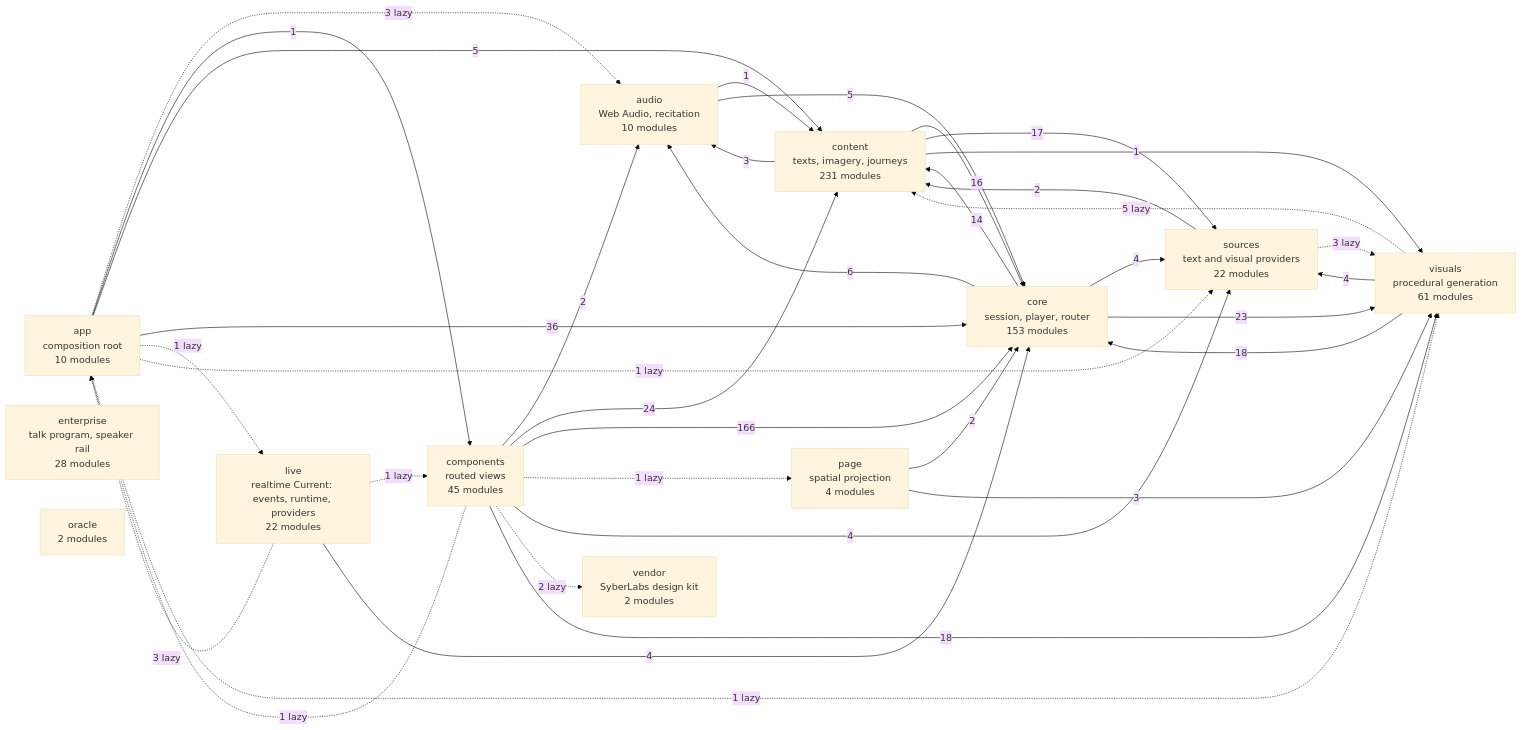
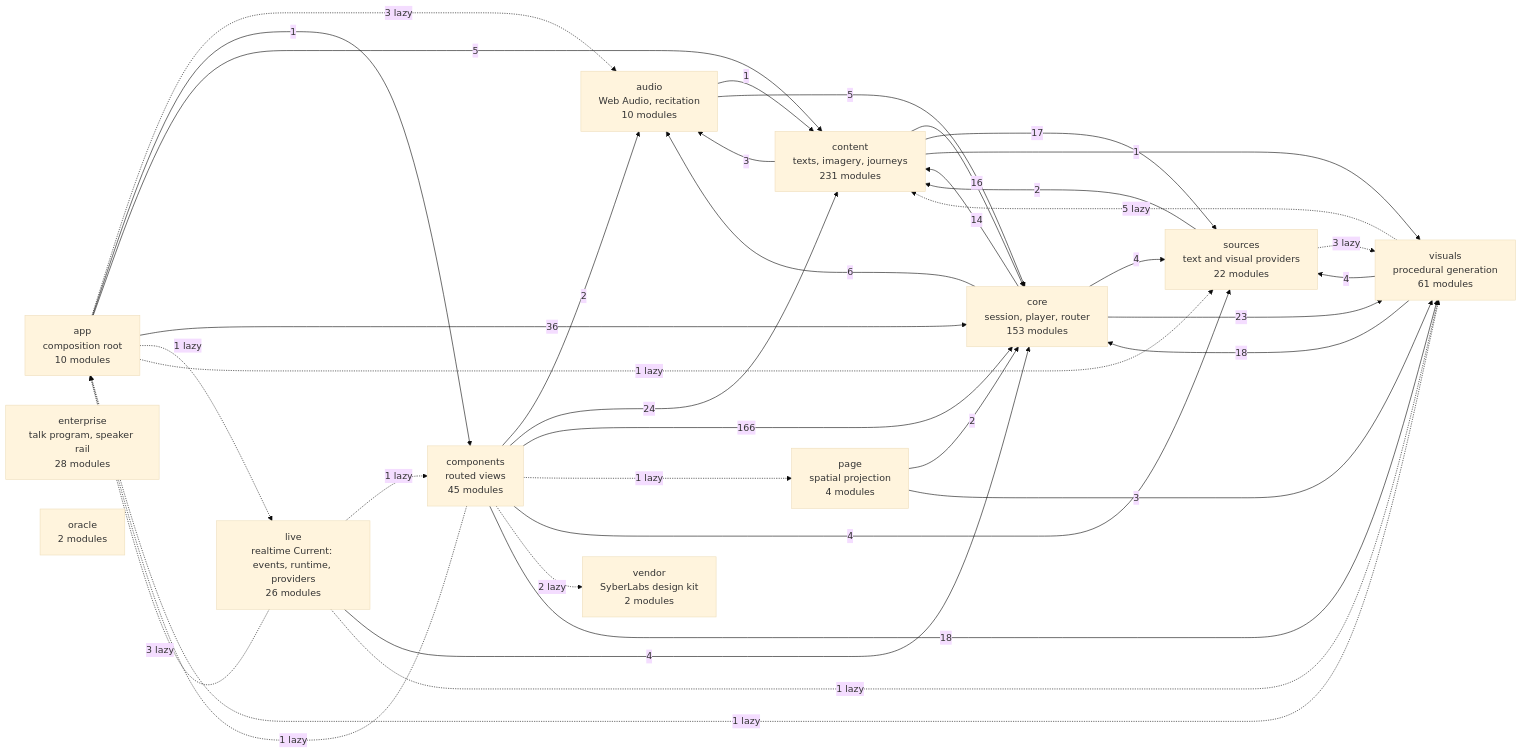
Before and after one commit to SyberLabs/RISE: the diagram in docs/specs/ARCHITECTURE.md, drawn with Mermaid (base theme). The commit also changed 15 other files, not shown here.

````diff
--- a/docs/specs/ARCHITECTURE.md
+++ b/docs/specs/ARCHITECTURE.md
@@ -160,51 +160,52 @@
 ```mermaid
 flowchart LR
     app["app<br/>composition root<br/>10 modules"]
     audio["audio<br/>Web Audio, recitation<br/>10 modules"]
     components["components<br/>routed views<br/>45 modules"]
     content["content<br/>texts, imagery, journeys<br/>231 modules"]
     core["core<br/>session, player, router<br/>153 modules"]
     enterprise["enterprise<br/>talk program, speaker rail<br/>28 modules"]
-    live["live<br/>realtime Current: events, runtime, providers<br/>22 modules"]
+    live["live<br/>realtime Current: events, runtime, providers<br/>26 modules"]
     oracle["oracle<br/>2 modules"]
     page["page<br/>spatial projection<br/>4 modules"]
     sources["sources<br/>text and visual providers<br/>22 modules"]
     vendor["vendor<br/>SyberLabs design kit<br/>2 modules"]
     visuals["visuals<br/>procedural generation<br/>61 modules"]
 
     app -.-> |3 lazy| audio
     app --> |1| components
     app --> |5| content
     app --> |36| core
     app -.-> |1 lazy| live
     app -.-> |1 lazy| sources
     app -.-> |1 lazy| visuals
     audio --> |1| content
     audio --> |5| core
     components -.-> |1 lazy| app
     components --> |2| audio
     components --> |24| content
     components --> |166| core
     components -.-> |1 lazy| page
     components --> |4| sources
     components -.-> |2 lazy| vendor
     components --> |18| visuals
     content --> |3| audio
     content --> |16| core
     content --> |17| sources
     content --> |1| visuals
     core --> |6| audio
     core --> |14| content
     core --> |4| sources
     core --> |23| visuals
     live -.-> |3 lazy| app
     live -.-> |1 lazy| components
     live --> |4| core
+    live -.-> |1 lazy| visuals
     page --> |2| core
     page --> |3| visuals
     sources --> |2| content
     sources -.-> |3 lazy| visuals
     visuals -.-> |5 lazy| content
     visuals --> |18| core
     visuals --> |4| sources
 ```
````
